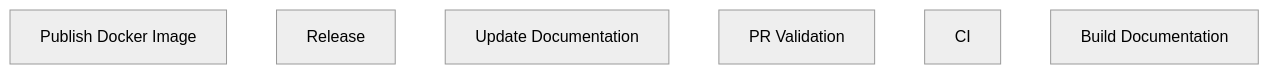
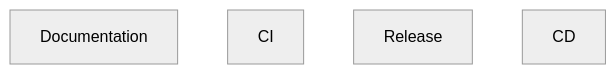
One commit to zepfu/llama-gguf-inference changed the sixth of 7 diagrams in docs/auto/ARCHITECTURE_AUTO.md. Above: the diagram before and after it, drawn with Mermaid (neutral theme). The commit also changed other lines of this file and 3 other files, not shown here.

````diff
--- a/docs/auto/ARCHITECTURE_AUTO.md
+++ b/docs/auto/ARCHITECTURE_AUTO.md
@@ -117,9 +206,7 @@
 ```mermaid
 graph TD
-    publish[Publish Docker Image]
+    docs[Documentation]
+    ci[CI]
     release[Release]
-    update_docs[Update Documentation]
-    pr_validation[PR Validation]
-    ci[CI]
-    build_docs[Build Documentation]
+    cd[CD]
 ```
````
